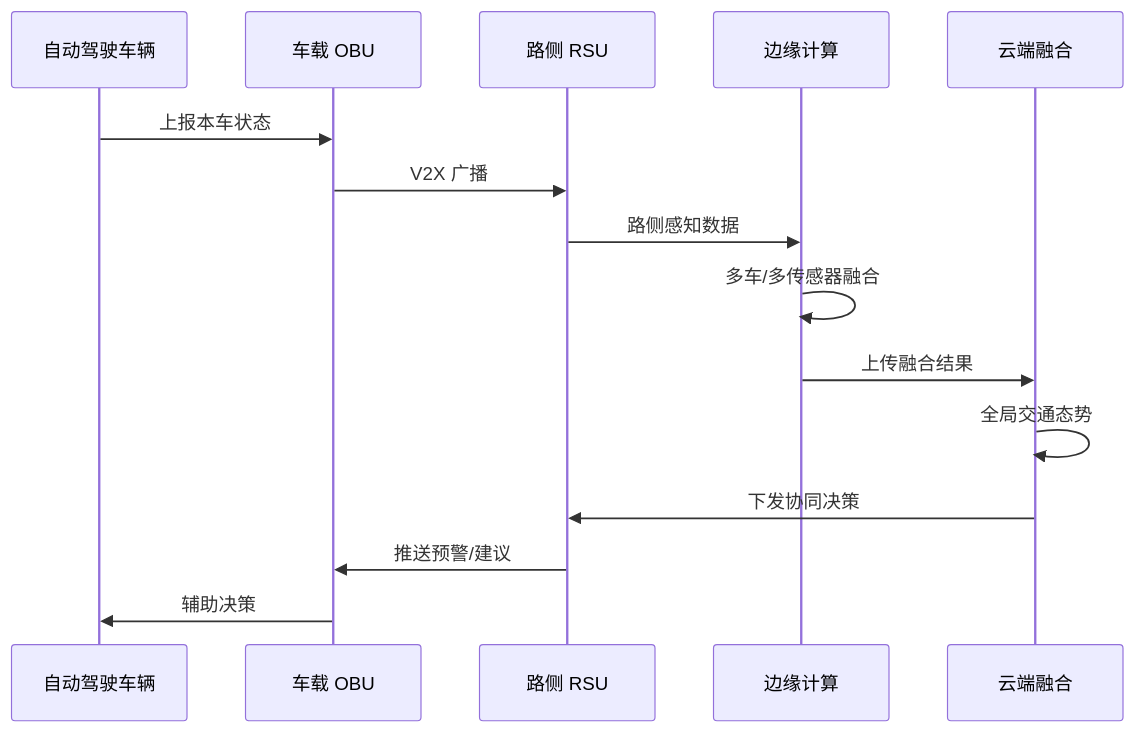
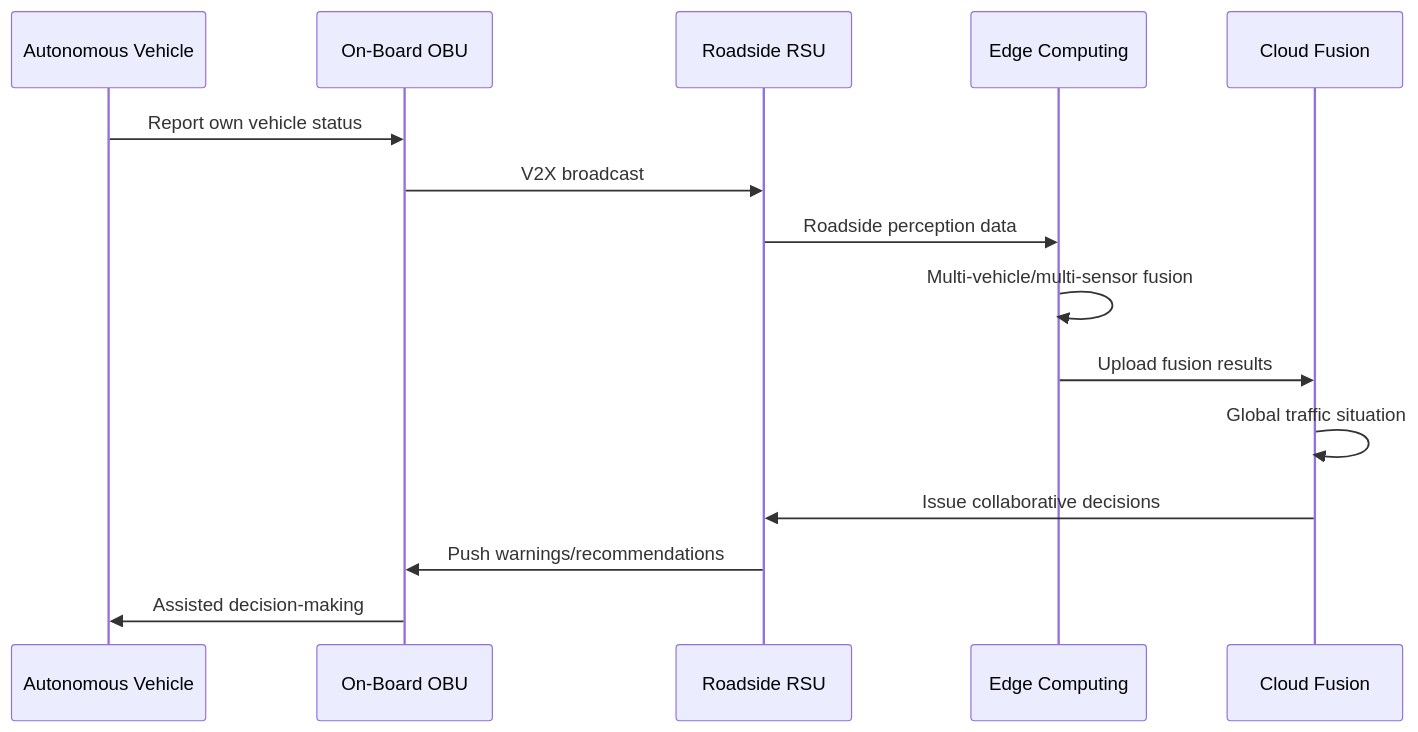
Before and after one commit to teaglebuilt/knowledge-tree: the second of 3 diagrams in tree/application/architecture/v2x-autonomous-driving.md, drawn with Mermaid. The commit also changed other lines of this file and 22 other files, not shown here.

````diff
--- a/tree/application/architecture/v2x-autonomous-driving.md
+++ b/tree/application/architecture/v2x-autonomous-driving.md
@@ -186,18 +190,18 @@
 ```mermaid
 sequenceDiagram
-    participant VEHICLE as 自动驾驶车辆
-    participant OBU as 车载 OBU
-    participant RSU as 路侧 RSU
-    participant EDGE as 边缘计算
-    participant CLOUD as 云端融合
+    participant VEHICLE as Autonomous Vehicle
+    participant OBU as On-Board OBU
+    participant RSU as Roadside RSU
+    participant EDGE as Edge Computing
+    participant CLOUD as Cloud Fusion
 
-    VEHICLE->>OBU: 上报本车状态
-    OBU->>RSU: V2X 广播
-    RSU->>EDGE: 路侧感知数据
-    EDGE->>EDGE: 多车/多传感器融合
-    EDGE->>CLOUD: 上传融合结果
-    CLOUD->>CLOUD: 全局交通态势
-    CLOUD->>RSU: 下发协同决策
-    RSU->>OBU: 推送预警/建议
-    OBU->>VEHICLE: 辅助决策
+    VEHICLE->>OBU: Report own vehicle status
+    OBU->>RSU: V2X broadcast
+    RSU->>EDGE: Roadside perception data
+    EDGE->>EDGE: Multi-vehicle/multi-sensor fusion
+    EDGE->>CLOUD: Upload fusion results
+    CLOUD->>CLOUD: Global traffic situation
+    CLOUD->>RSU: Issue collaborative decisions
+    RSU->>OBU: Push warnings/recommendations
+    OBU->>VEHICLE: Assisted decision-making
 ```
````
